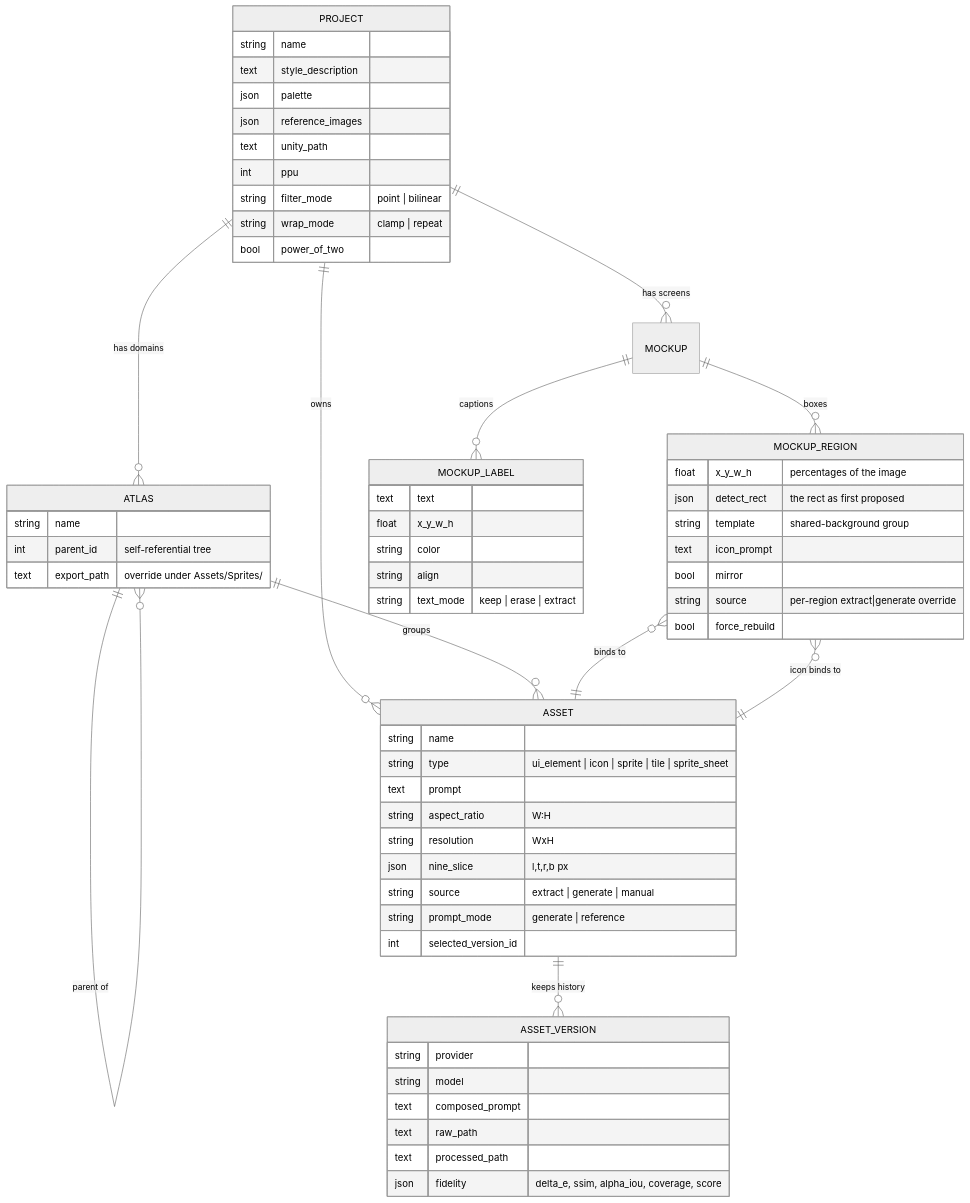
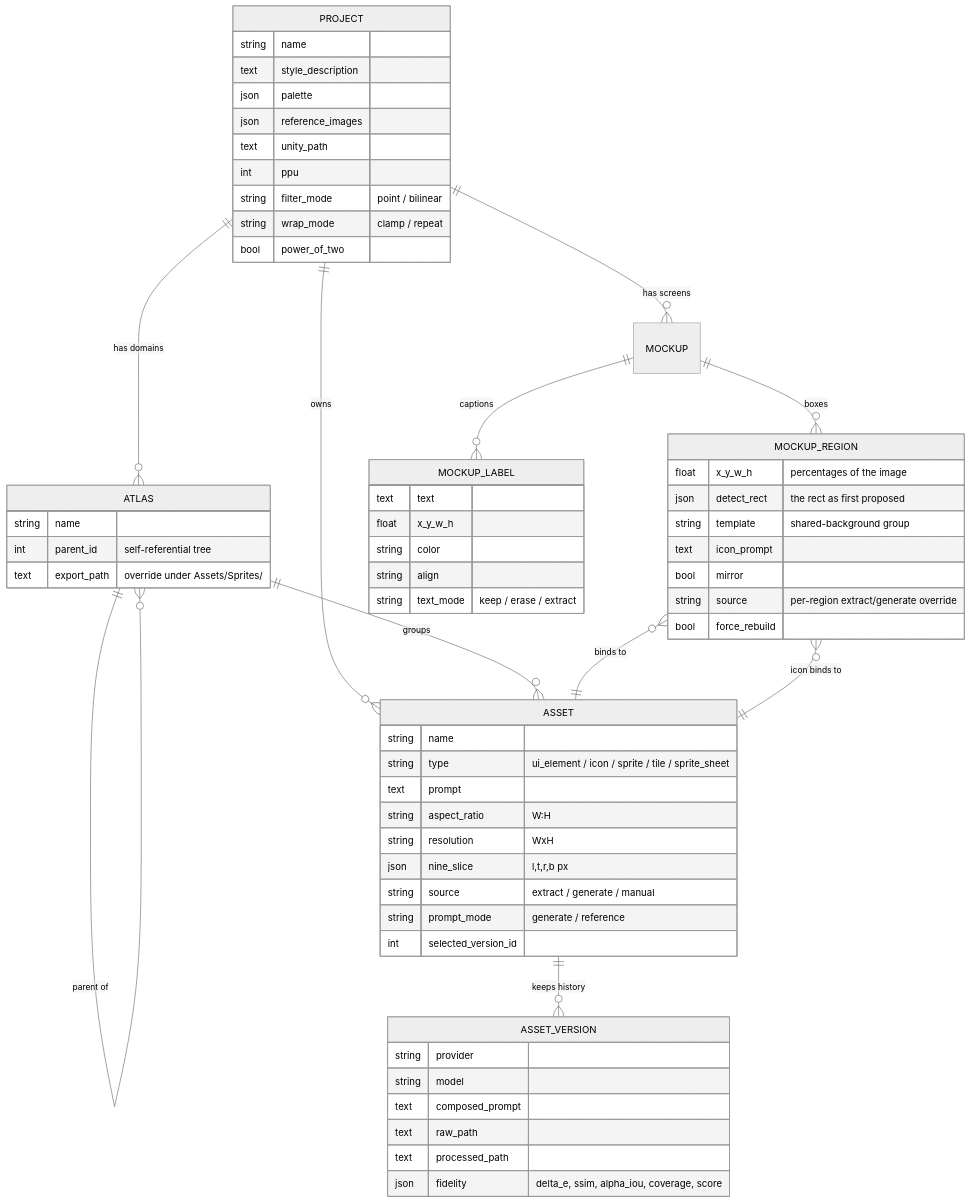
One commit to AdielMag/2d-assets-pipeline changed the fifth of 7 diagrams in README.md. Above: the diagram before and after it, drawn with Mermaid (neutral theme).

Commit message:
docs: keep pipe characters out of the Mermaid ER diagram labels (#3)
The data-model diagram described enum columns as "point | bilinear",
"extract | generate | manual" and so on. `|` is erDiagram's own cardinality
syntax, so a pipe inside an attribute comment risks the whole block failing to
render on GitHub — and a README whose central diagram shows a parse error is
worse than one without the diagram.

Swap them for "/" in the diagram only. The prose and the actual column comments
in models.py are untouched.

````diff
--- a/README.md
+++ b/README.md
@@ -451,65 +451,65 @@
 ```mermaid
 erDiagram
     PROJECT ||--o{ ATLAS : "has domains"
     PROJECT ||--o{ ASSET : owns
     PROJECT ||--o{ MOCKUP : "has screens"
     ATLAS ||--o{ ATLAS : "parent of"
     ATLAS ||--o{ ASSET : groups
     ASSET ||--o{ ASSET_VERSION : "keeps history"
     MOCKUP ||--o{ MOCKUP_REGION : "boxes"
     MOCKUP ||--o{ MOCKUP_LABEL : "captions"
     MOCKUP_REGION }o--|| ASSET : "binds to"
     MOCKUP_REGION }o--|| ASSET : "icon binds to"
 
     PROJECT {
         string name
         text style_description
         json palette
         json reference_images
         text unity_path
         int ppu
-        string filter_mode "point | bilinear"
-        string wrap_mode "clamp | repeat"
+        string filter_mode "point / bilinear"
+        string wrap_mode "clamp / repeat"
         bool power_of_two
     }
     ATLAS {
         string name
         int parent_id "self-referential tree"
         text export_path "override under Assets/Sprites/"
     }
     ASSET {
         string name
-        string type "ui_element | icon | sprite | tile | sprite_sheet"
+        string type "ui_element / icon / sprite / tile / sprite_sheet"
         text prompt
         string aspect_ratio "W:H"
         string resolution "WxH"
         json nine_slice "l,t,r,b px"
-        string source "extract | generate | manual"
-        string prompt_mode "generate | reference"
+        string source "extract / generate / manual"
+        string prompt_mode "generate / reference"
         int selected_version_id
     }
     ASSET_VERSION {
         string provider
         string model
         text composed_prompt
         text raw_path
         text processed_path
         json fidelity "delta_e, ssim, alpha_iou, coverage, score"
     }
     MOCKUP_REGION {
         float x_y_w_h "percentages of the image"
         json detect_rect "the rect as first proposed"
         string template "shared-background group"
         text icon_prompt
         bool mirror
-        string source "per-region extract|generate override"
+        string source "per-region extract/generate override"
         bool force_rebuild
     }
     MOCKUP_LABEL {
         text text
         float x_y_w_h
         string color
         string align
-        string text_mode "keep | erase | extract"
+        string text_mode "keep / erase / extract"
     }
 ```
````
